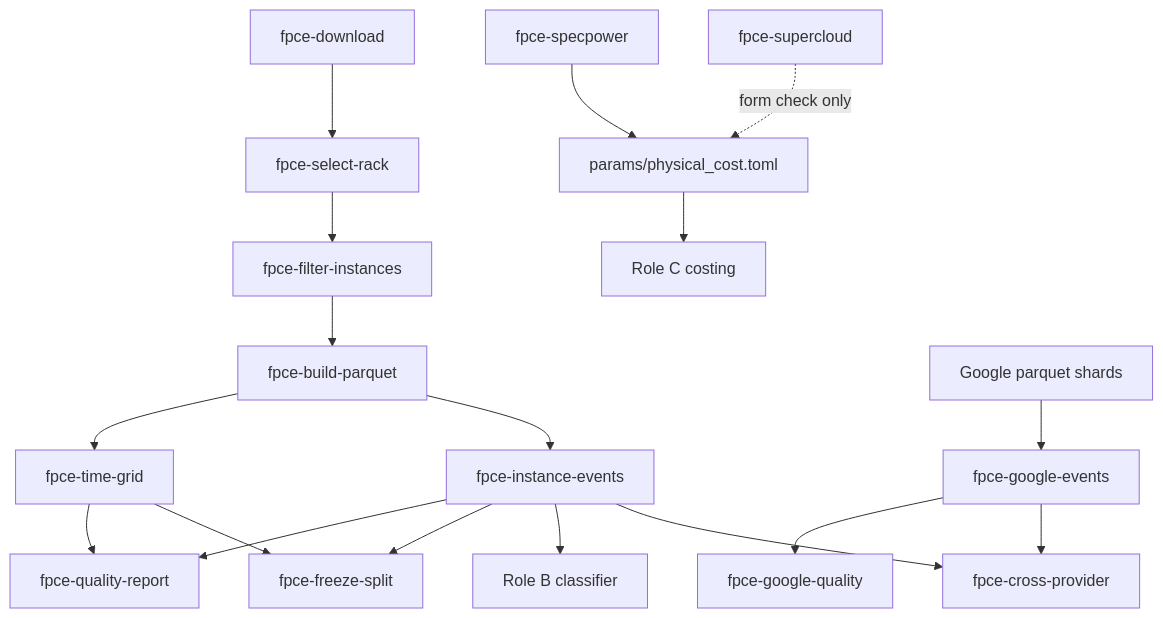
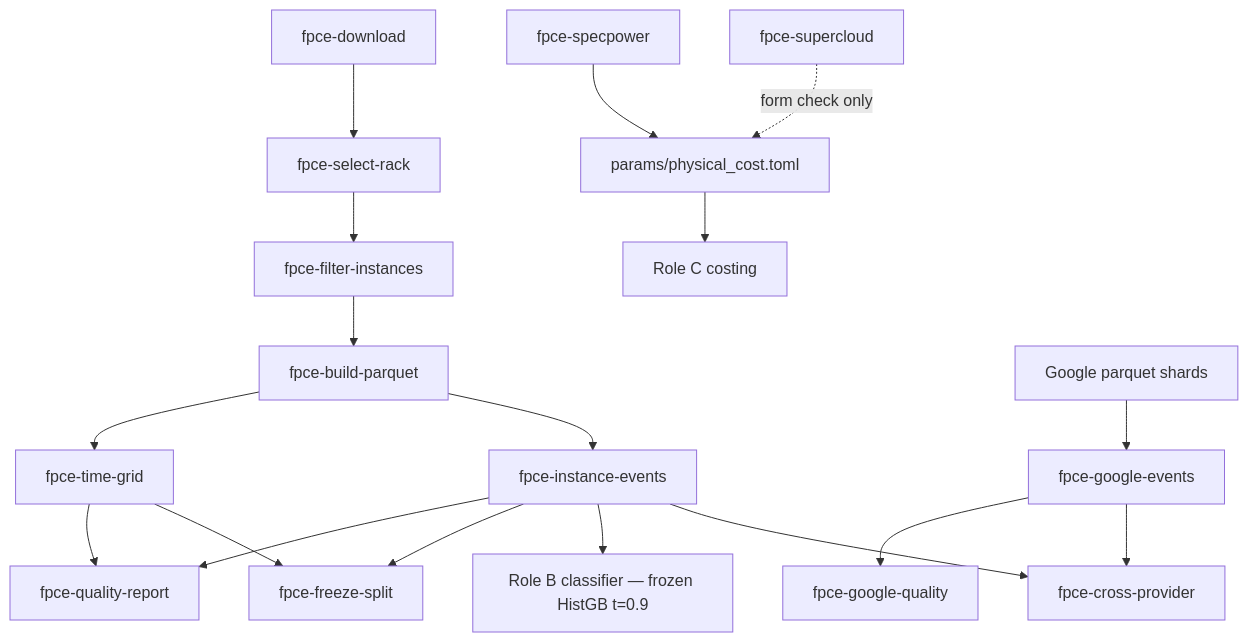
The diagram in docs/pipeline.md (karimepachecog/fpce), drawn with Mermaid before and after one commit. The commit also changed 53 other files, not shown here.

````diff
--- a/docs/pipeline.md
+++ b/docs/pipeline.md
@@ -7,20 +7,20 @@
 ```mermaid
 flowchart TD
   dl[fpce-download] --> sel[fpce-select-rack]
   sel --> filt[fpce-filter-instances]
   filt --> bp[fpce-build-parquet]
   bp --> tg[fpce-time-grid]
   bp --> ie[fpce-instance-events]
   ie --> qr[fpce-quality-report]
   tg --> qr
   ie --> fs[fpce-freeze-split]
   tg --> fs
   spec[fpce-specpower] --> params[params/physical_cost.toml]
-  ie --> roleB[Role B classifier]
+  ie --> roleB[Role B classifier — frozen HistGB t=0.9]
   params --> roleC[Role C costing]
   sc[fpce-supercloud] -.->|form check only| params
   gq[Google parquet shards] --> ge[fpce-google-events]
   ge --> gqual[fpce-google-quality]
   ge --> xp[fpce-cross-provider]
   ie --> xp
 ```
````
